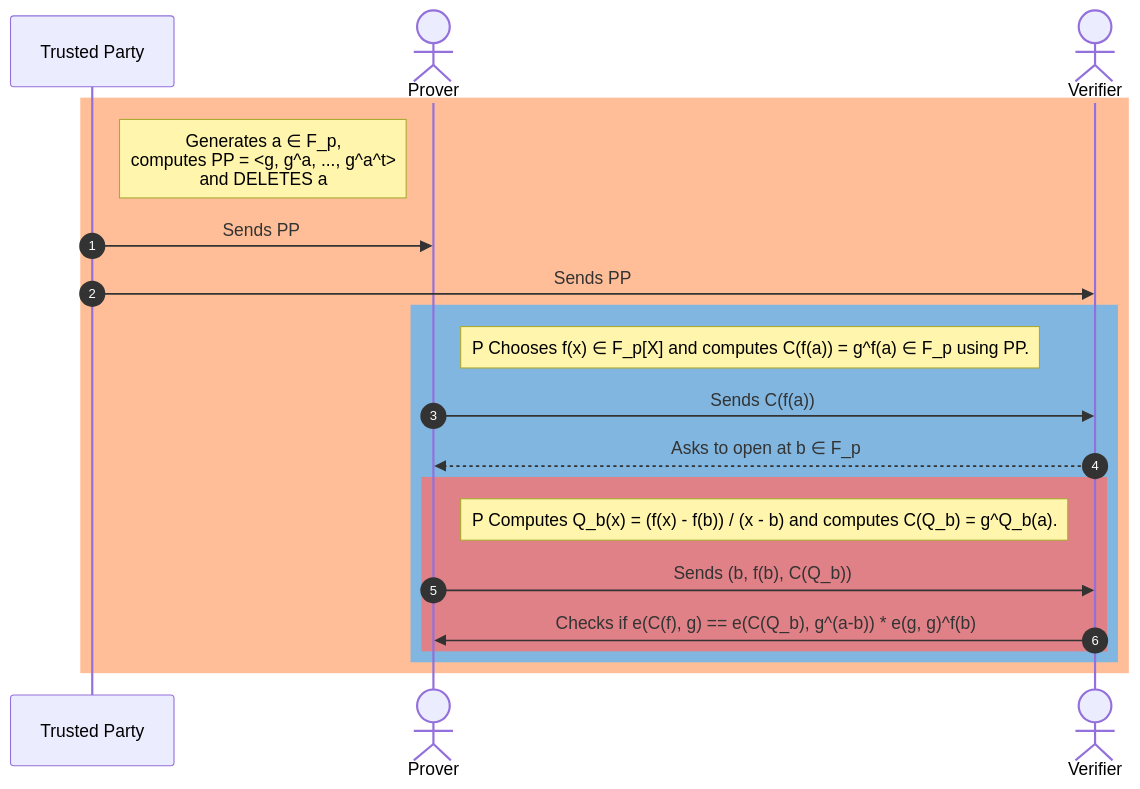
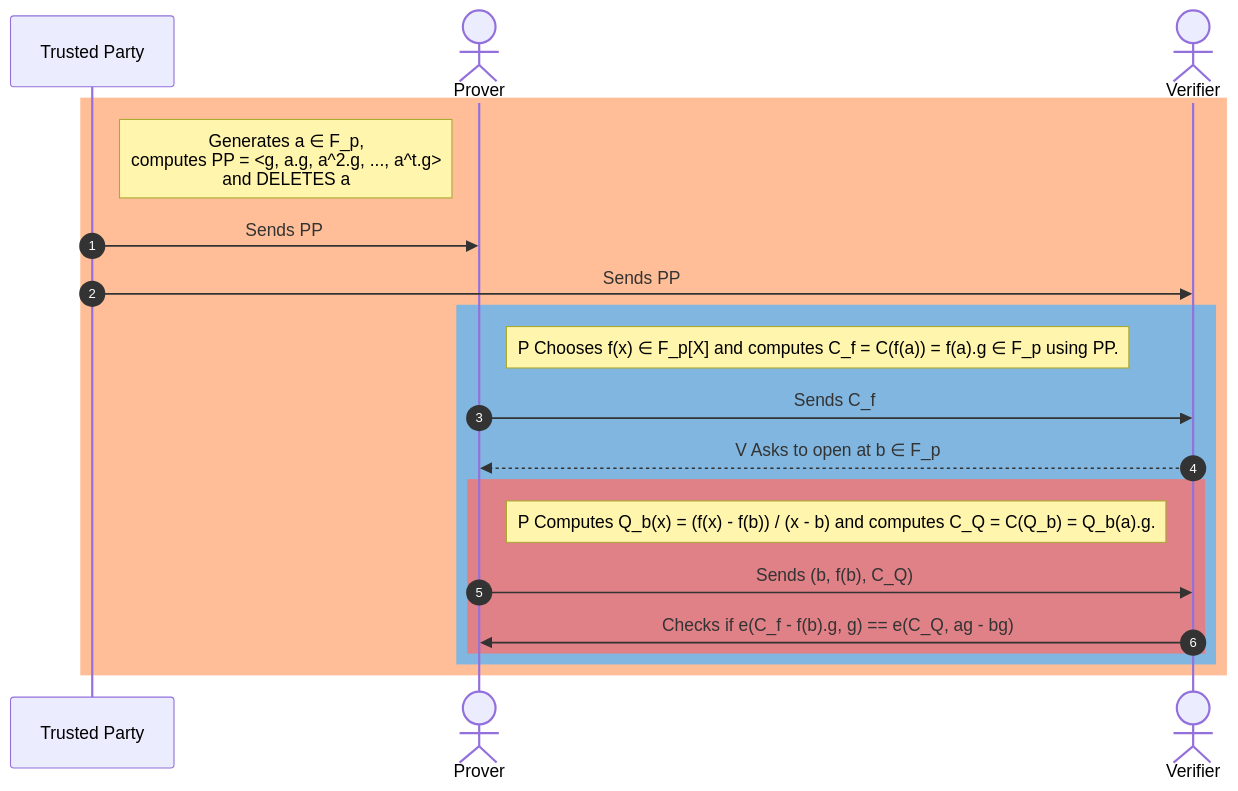
The diagram in docs/wiki/Cryptography/KZG.md (eth-protocol-fellows/protocol-studies), drawn with Mermaid before and after one commit. The commit also changed other lines of this file, not shown here.

````diff
--- a/docs/wiki/Cryptography/KZG.md
+++ b/docs/wiki/Cryptography/KZG.md
@@ -292,23 +255,23 @@
 ```mermaid
 sequenceDiagram
     autonumber
     participant TP as Trusted Party
     Actor P as Prover 
     Actor V as Verifier
 
     rect rgb(255, 190, 152)
-    note right of TP: Generates a ∈ F_p,  <br /> computes PP = <g, g^a, ..., g^a^t>  <br /> and DELETES a 
+    note right of TP: Generates a ∈ F_p,  <br /> computes PP = <g, a.g, a^2.g, ..., a^t.g>  <br /> and DELETES a 
     TP->>P: Sends PP
     TP->>V: Sends PP
     rect rgb(128,182,223)
-    note right of P: P Chooses f(x) ∈ F_p[X] and computes C(f(a)) = g^f(a) ∈ F_p using PP.
-    P->>V:  Sends C(f(a))
-    V-->>P: Asks to open at b ∈ F_p
+    note right of P: P Chooses f(x) ∈ F_p[X] and computes C_f = C(f(a)) = f(a).g ∈ F_p using PP.
+    P->>V:  Sends C_f
+    V-->>P: V Asks to open at b ∈ F_p
     rect rgb(224,128,135)
-    note right of P: P Computes Q_b(x) = (f(x) - f(b)) / (x - b) and computes C(Q_b) = g^Q_b(a).
-    P->>V: Sends (b, f(b), C(Q_b))
-    V->>P: Checks if e(C(f), g) == e(C(Q_b), g^(a-b)) * e(g, g)^f(b)
+    note right of P: P Computes Q_b(x) = (f(x) - f(b)) / (x - b) and computes C_Q = C(Q_b) = Q_b(a).g.
+    P->>V: Sends (b, f(b), C_Q)
+    V->>P: Checks if e(C_f - f(b).g, g) == e(C_Q, ag - bg)
     end
     end
     end
 ```
````
